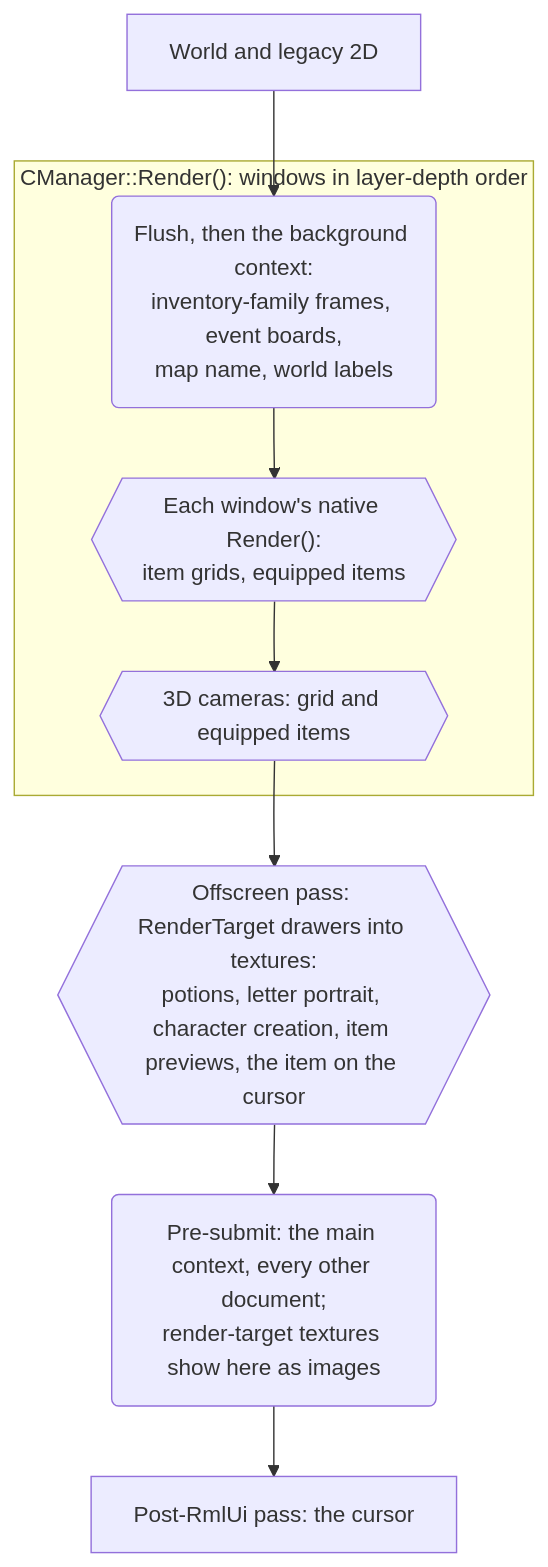
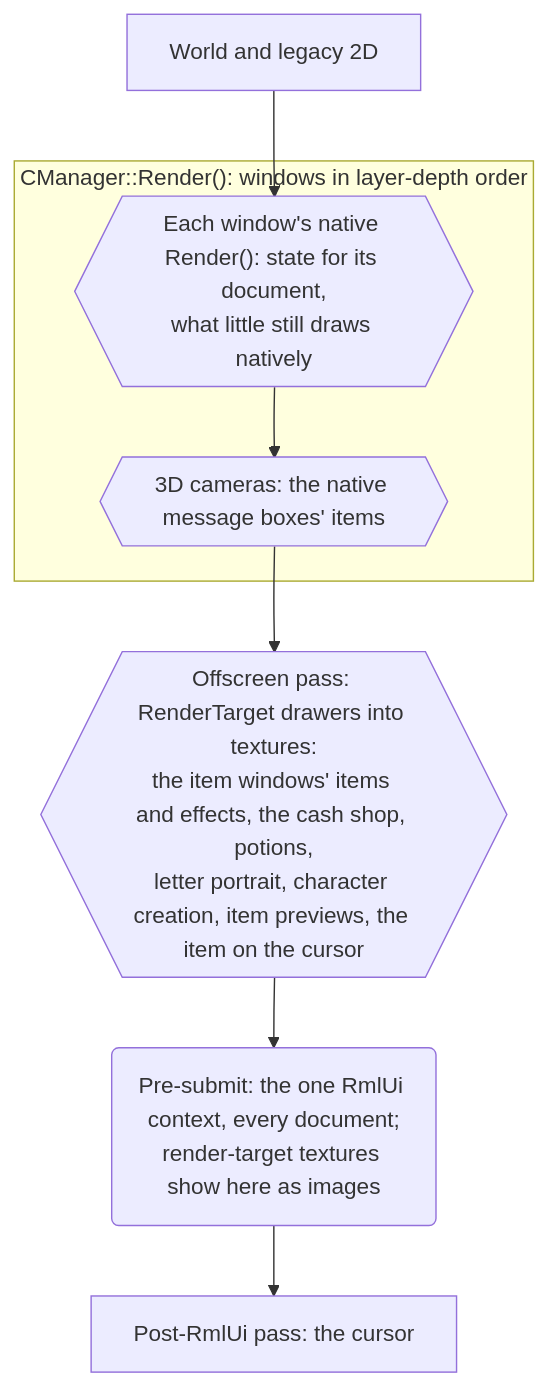
One commit to sven-n/MuMain changed the diagram in docs/rmlui-ui-system/README.md. Above: the diagram before and after it, drawn with Mermaid. The commit also changed other lines of this file and 43 other files, not shown here.

First line of the commit message:
Retire the background context: every RmlUi document is in the one context

````diff
--- a/docs/rmlui-ui-system/README.md
+++ b/docs/rmlui-ui-system/README.md
@@ -77,13 +77,12 @@
 ```mermaid
 flowchart TD
     scene["World and legacy 2D"]
     subgraph loop["CManager::Render(): windows in layer-depth order"]
-        bg("Flush, then the background context:<br/>inventory-family frames, event boards,<br/>map name, world labels")
-        win{{"Each window's native Render():<br/>item grids, equipped items"}}
-        cam{{"3D cameras: grid and equipped items"}}
+        win{{"Each window's native Render(): state for its document,<br/>what little still draws natively"}}
+        cam{{"3D cameras: the native message boxes' items"}}
     end
-    rtt{{"Offscreen pass: RenderTarget drawers into textures:<br/>potions, letter portrait, character creation, item previews, the item on the cursor"}}
-    main("Pre-submit: the main context, every other document;<br/>render-target textures show here as images")
+    rtt{{"Offscreen pass: RenderTarget drawers into textures:<br/>the item windows' items and effects, the cash shop, potions,<br/>letter portrait, character creation, item previews, the item on the cursor"}}
+    main("Pre-submit: the one RmlUi context, every document;<br/>render-target textures show here as images")
     post["Post-RmlUi pass: the cursor"]
-    scene --> bg --> win --> cam --> rtt --> main --> post
+    scene --> win --> cam --> rtt --> main --> post
 ```
````
